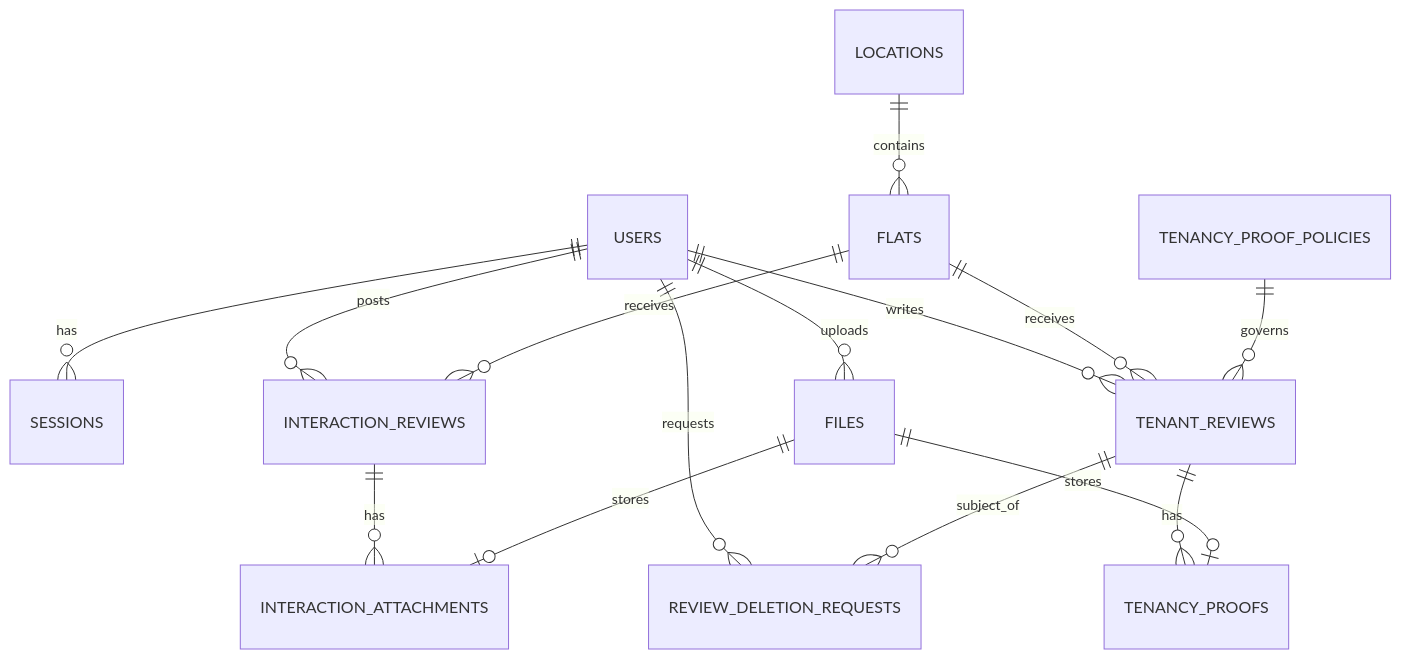
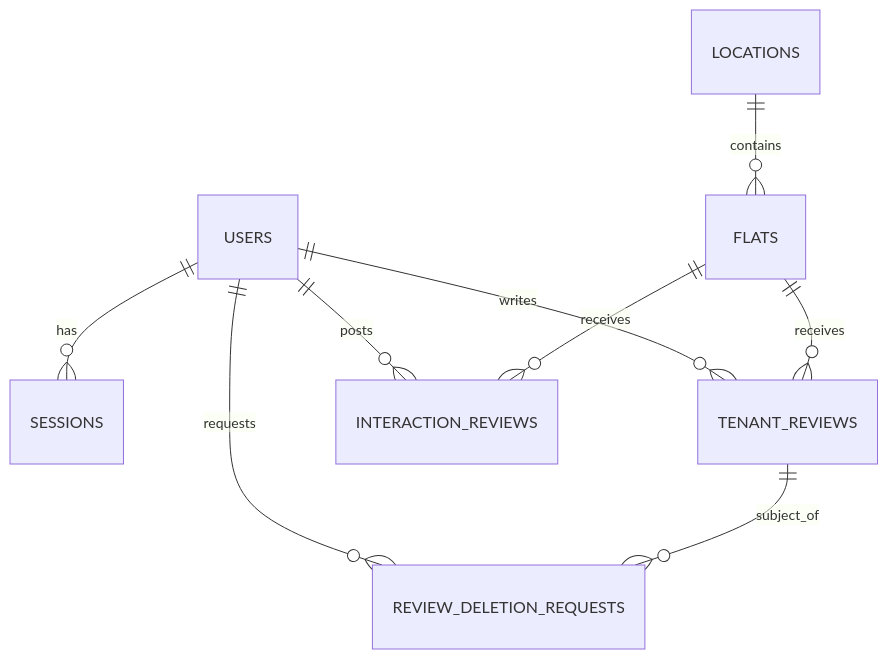
The diagram in DATABASE_MODEL.md (parthpahariya/rental-review), drawn with Mermaid before and after one commit. The commit also changed other lines of this file and 32 other files, not shown here.

````diff
--- a/DATABASE_MODEL.md
+++ b/DATABASE_MODEL.md
@@ -17,17 +16,11 @@
 ```mermaid
 erDiagram
     USERS ||--o{ SESSIONS : has
     USERS ||--o{ TENANT_REVIEWS : writes
     USERS ||--o{ INTERACTION_REVIEWS : posts
-    USERS ||--o{ FILES : uploads
     USERS ||--o{ REVIEW_DELETION_REQUESTS : requests
     LOCATIONS ||--o{ FLATS : contains
     FLATS ||--o{ TENANT_REVIEWS : receives
     FLATS ||--o{ INTERACTION_REVIEWS : receives
-    TENANCY_PROOF_POLICIES ||--o{ TENANT_REVIEWS : governs
-    TENANT_REVIEWS ||--o{ TENANCY_PROOFS : has
-    FILES ||--o| TENANCY_PROOFS : stores
-    INTERACTION_REVIEWS ||--o{ INTERACTION_ATTACHMENTS : has
-    FILES ||--o| INTERACTION_ATTACHMENTS : stores
     TENANT_REVIEWS ||--o{ REVIEW_DELETION_REQUESTS : subject_of
 ```
````
